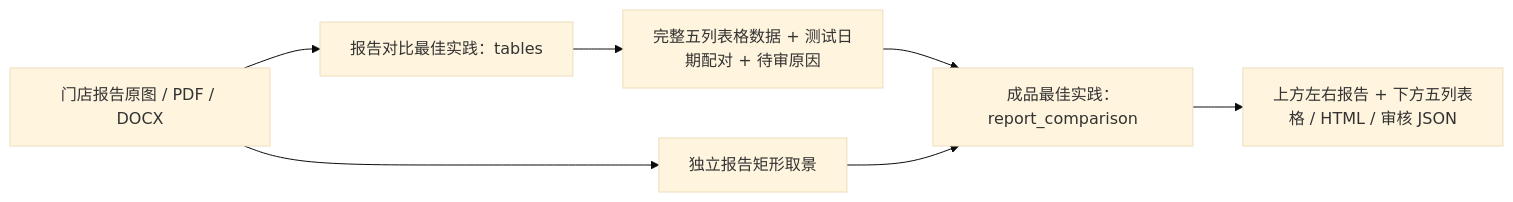
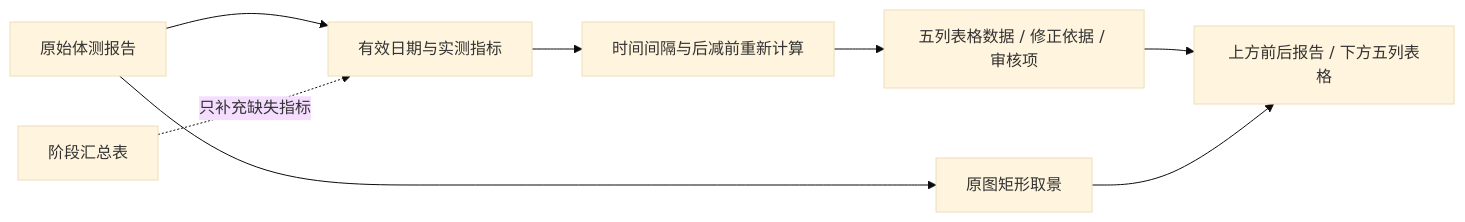
One commit to zmdo/smart-pos changed the diagram in docs/workflows/report-table-product.md. Above: the diagram before and after it, drawn with Mermaid (base theme). The commit also changed other lines of this file and 23 other files, not shown here.

````diff
--- a/docs/workflows/report-table-product.md
+++ b/docs/workflows/report-table-product.md
@@ -5,9 +5,10 @@
 ```mermaid
 flowchart LR
-    A[门店报告原图 / PDF / DOCX] --> B[报告对比最佳实践：tables]
-    B --> C[完整五列表格数据 + 测试日期配对 + 待审原因]
-    A --> D[独立报告矩形取景]
-    C --> E[成品最佳实践：report_comparison]
-    D --> E
-    E --> F[上方左右报告 + 下方五列表格 / HTML / 审核 JSON]
+    A[原始体测报告] --> C[有效日期与实测指标]
+    B[阶段汇总表] -.只补充缺失指标.-> C
+    C --> D[时间间隔与后减前重新计算]
+    D --> E[五列表格数据 / 修正依据 / 审核项]
+    A --> F[原图矩形取景]
+    E --> G[上方前后报告 / 下方五列表格]
+    F --> G
 ```
````
